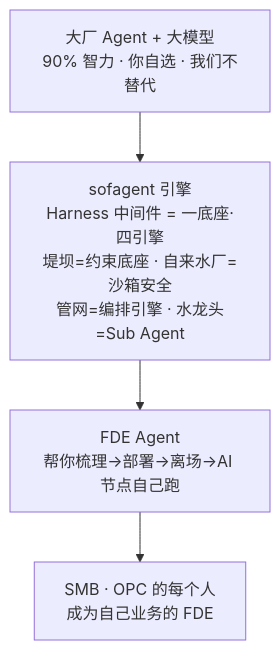
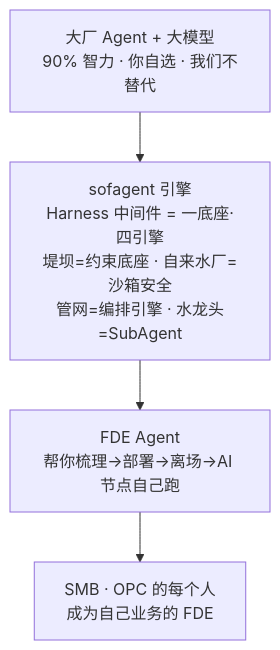
One commit to KongFangXun/sofagent changed the diagram in FDE/FDE.md. Above: the diagram before and after it, drawn with Mermaid. The commit also changed other lines of this file and 8 other files, not shown here.

````diff
--- a/FDE/FDE.md
+++ b/FDE/FDE.md
@@ -54,6 +54,6 @@
 ```mermaid
 graph TD
-    A[大厂 Agent + 大模型<br/>90% 智力 · 你自选 · 我们不替代] --> B[sofagent 引擎<br/>Harness 中间件 = 一底座·四引擎<br/>堤坝=约束底座 · 自来水厂=沙箱安全<br/>管网=编排引擎 · 水龙头=Sub Agent]
+    A[大厂 Agent + 大模型<br/>90% 智力 · 你自选 · 我们不替代] --> B[sofagent 引擎<br/>Harness 中间件 = 一底座·四引擎<br/>堤坝=约束底座 · 自来水厂=沙箱安全<br/>管网=编排引擎 · 水龙头=SubAgent]
     B --> C[FDE Agent<br/>帮你梳理→部署→离场→AI 节点自己跑]
     C --> D[SMB · OPC 的每个人<br/>成为自己业务的 FDE]
 ```
````
